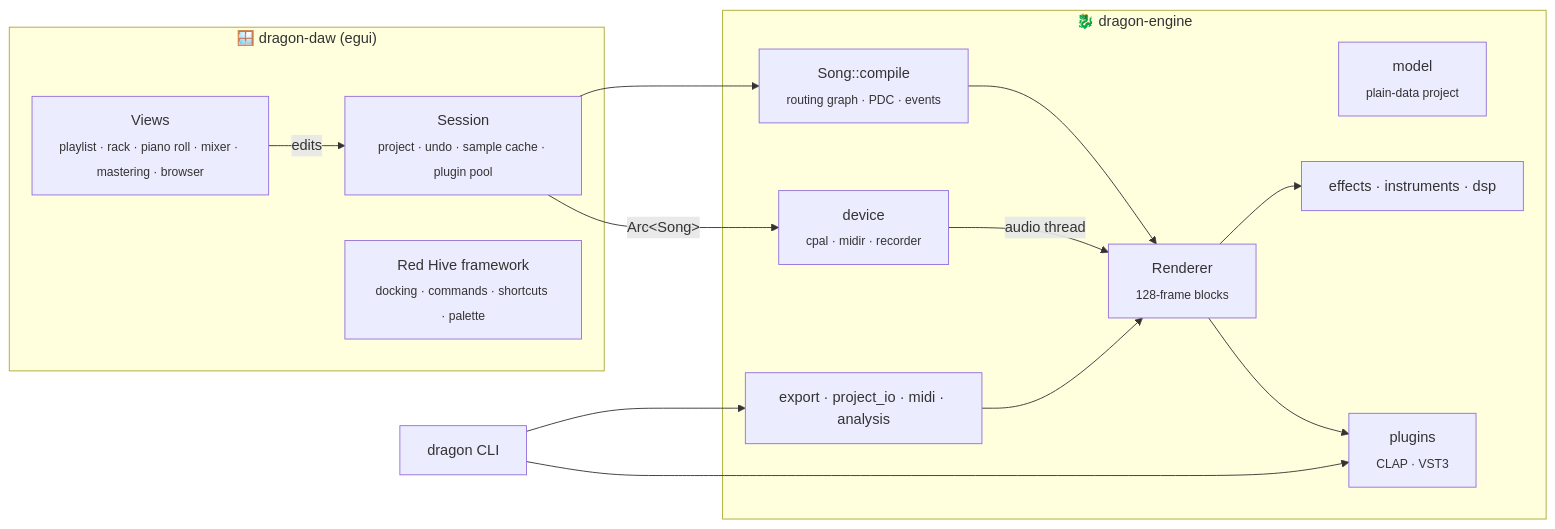
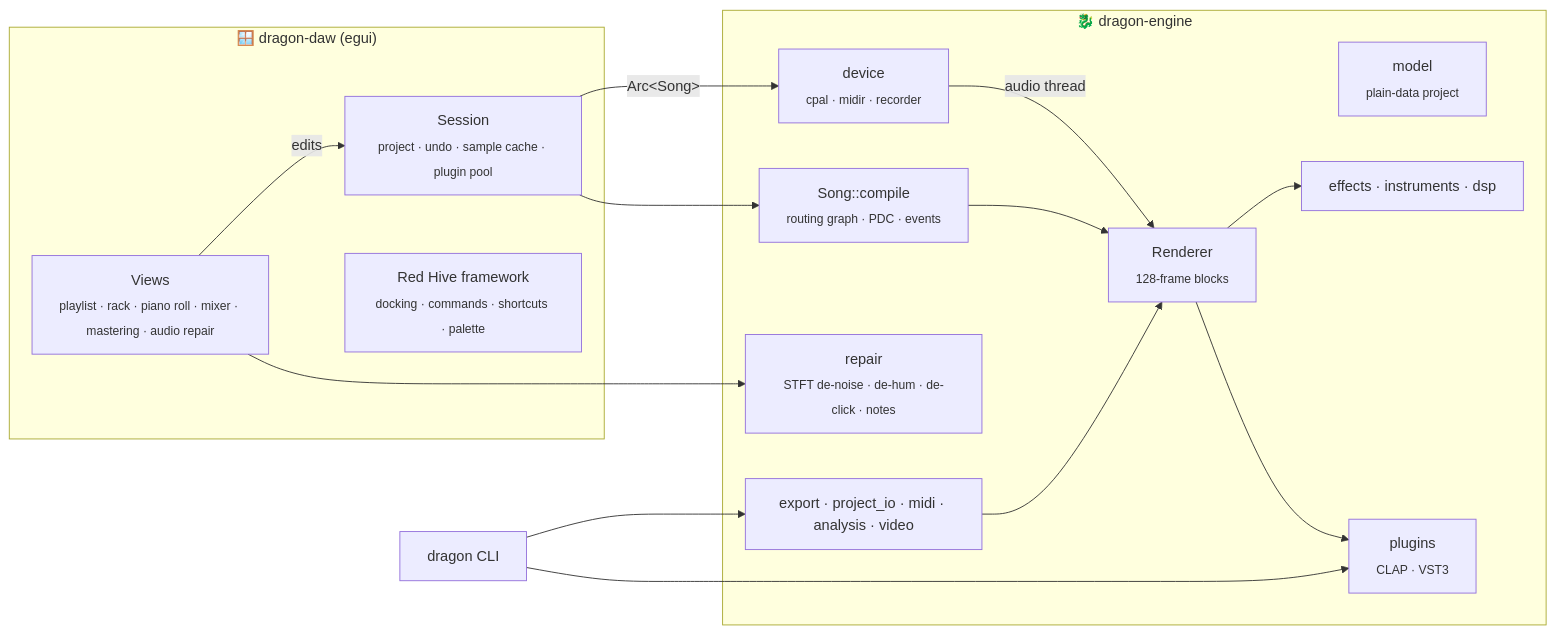
Before and after one commit to zenoxart/DragonDAW-RS: the diagram in README.md, drawn with Mermaid. The commit also changed other lines of this file and 14 other files, not shown here.

````diff
--- a/README.md
+++ b/README.md
@@ -121,27 +211,29 @@
 ```mermaid
 flowchart LR
     subgraph App["🪟 dragon-daw (egui)"]
-        Views["Views<br/><sub>playlist · rack · piano roll · mixer · mastering · browser</sub>"]
+        Views["Views<br/><sub>playlist · rack · piano roll · mixer · mastering · audio repair</sub>"]
         Session["Session<br/><sub>project · undo · sample cache · plugin pool</sub>"]
         Shell["Red Hive framework<br/><sub>docking · commands · shortcuts · palette</sub>"]
     end
 
     subgraph Engine["🐉 dragon-engine"]
         Model["model<br/><sub>plain-data project</sub>"]
         Compile["Song::compile<br/><sub>routing graph · PDC · events</sub>"]
         Render["Renderer<br/><sub>128-frame blocks</sub>"]
         DSP["effects · instruments · dsp"]
+        Repair["repair<br/><sub>STFT de-noise · de-hum · de-click · notes</sub>"]
         Plug["plugins<br/><sub>CLAP · VST3</sub>"]
         IO["device<br/><sub>cpal · midir · recorder</sub>"]
-        Exp["export · project_io · midi · analysis"]
+        Exp["export · project_io · midi · analysis · video"]
     end
 
     Views -->|"edits"| Session
     Session -->|"Arc&lt;Song&gt;"| IO
     Session --> Compile
     Compile --> Render
     Render --> DSP & Plug
+    Views --> Repair
     IO -->|"audio thread"| Render
     Exp --> Render
     CLI["dragon CLI"] --> Exp & Plug
 ```
````
